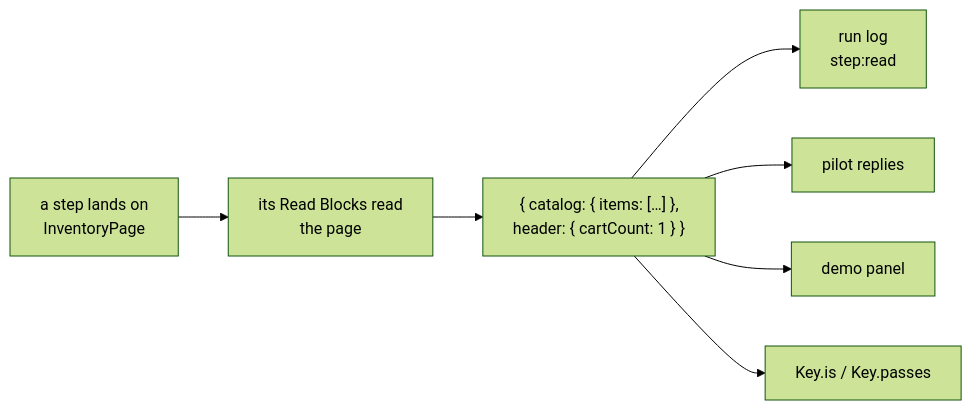
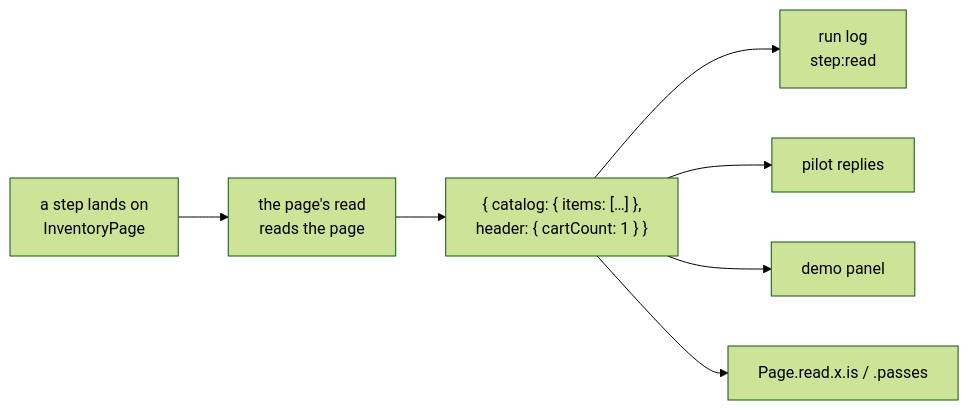
Before and after one commit to deviate-dv8/waygraph: the diagram in docs/guides/reads.md, drawn with Mermaid (forest theme). The commit also changed other lines of this file and 31 other files, not shown here.

Commit message:
Page object docs and skills: a page's read replaces Read Blocks (guides, reference, convention skill, agents, deprecated rows); lifecycle: do/expects as functions; manifest source for page reads

````diff
--- a/docs/guides/reads.md
+++ b/docs/guides/reads.md
@@ -7,9 +6,9 @@
 ```mermaid
 graph LR
-  S[a step lands on<br/>InventoryPage] --> R[its Read Blocks read<br/>the page]
+  S[a step lands on<br/>InventoryPage] --> R[the page's read<br/>reads the page]
   R --> J["{ catalog: { items: […] },<br/>header: { cartCount: 1 } }"]
   J --> L[run log<br/>step:read]
   J --> P[pilot replies]
   J --> D[demo panel]
-  J --> T[Key.is / Key.passes]
+  J --> T[Page.read.x.is / .passes]
 ```
````
